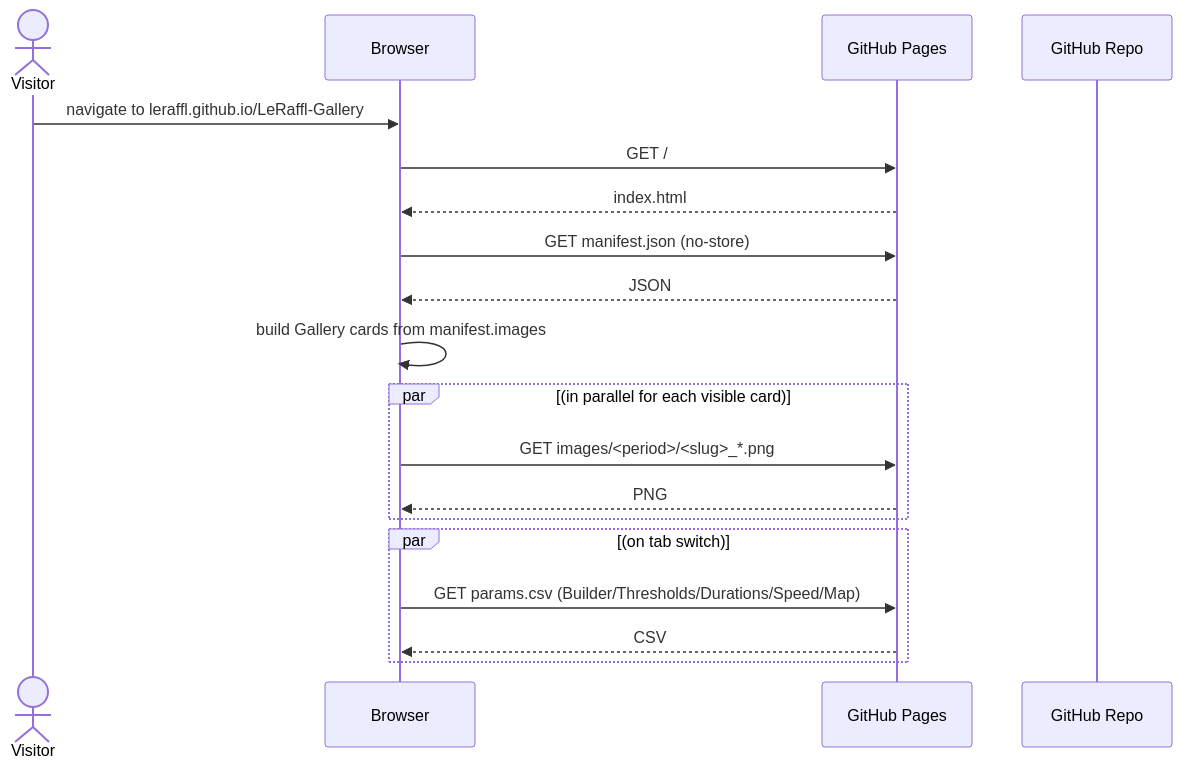
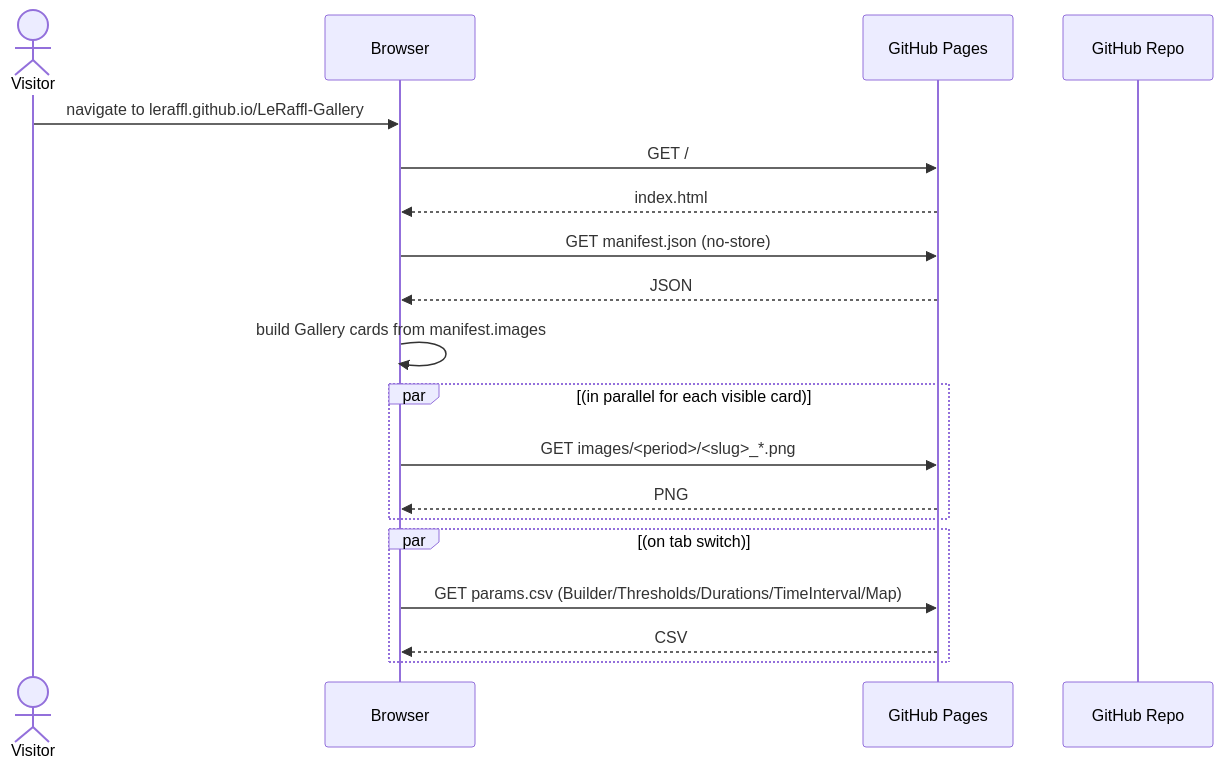
Before and after one commit to LeRaffl/LeRaffl-Gallery: the sixth of 14 diagrams in docs/architecture/05-flows.md, drawn with Mermaid. The commit also changed 4 other files, not shown here.

First line of the commit message:
feat(time-interval): rename Speed → Time Interval (user-facing)

````diff
--- a/docs/architecture/05-flows.md
+++ b/docs/architecture/05-flows.md
@@ -200,22 +200,22 @@
 ```mermaid
 sequenceDiagram
     actor Visitor
     participant Browser
     participant Pages as GitHub Pages
     participant Repo as GitHub Repo
 
     Visitor->>Browser: navigate to leraffl.github.io/LeRaffl-Gallery
     Browser->>Pages: GET /
     Pages-->>Browser: index.html
     Browser->>Pages: GET manifest.json (no-store)
     Pages-->>Browser: JSON
     Browser->>Browser: build Gallery cards from manifest.images
     par (in parallel for each visible card)
         Browser->>Pages: GET images/<period>/<slug>_*.png
         Pages-->>Browser: PNG
     end
     par (on tab switch)
-        Browser->>Pages: GET params.csv (Builder/Thresholds/Durations/Speed/Map)
+        Browser->>Pages: GET params.csv (Builder/Thresholds/Durations/TimeInterval/Map)
         Pages-->>Browser: CSV
     end
 ```
````
